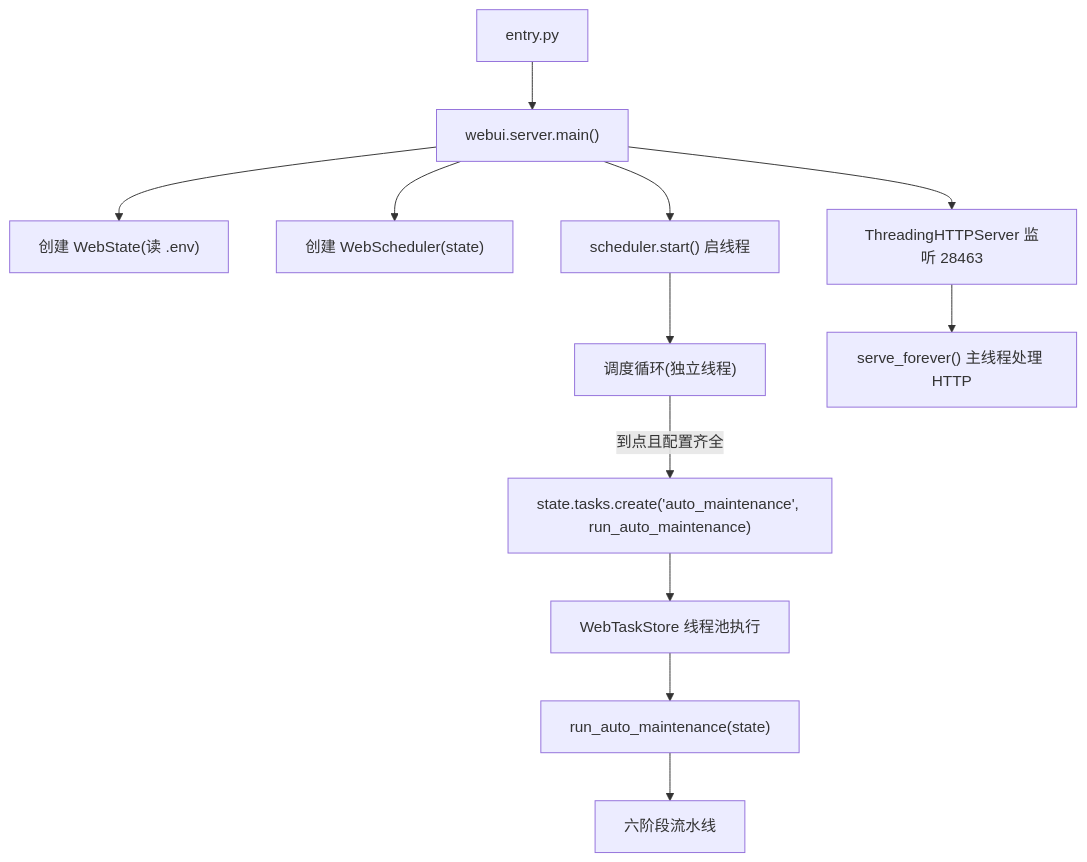
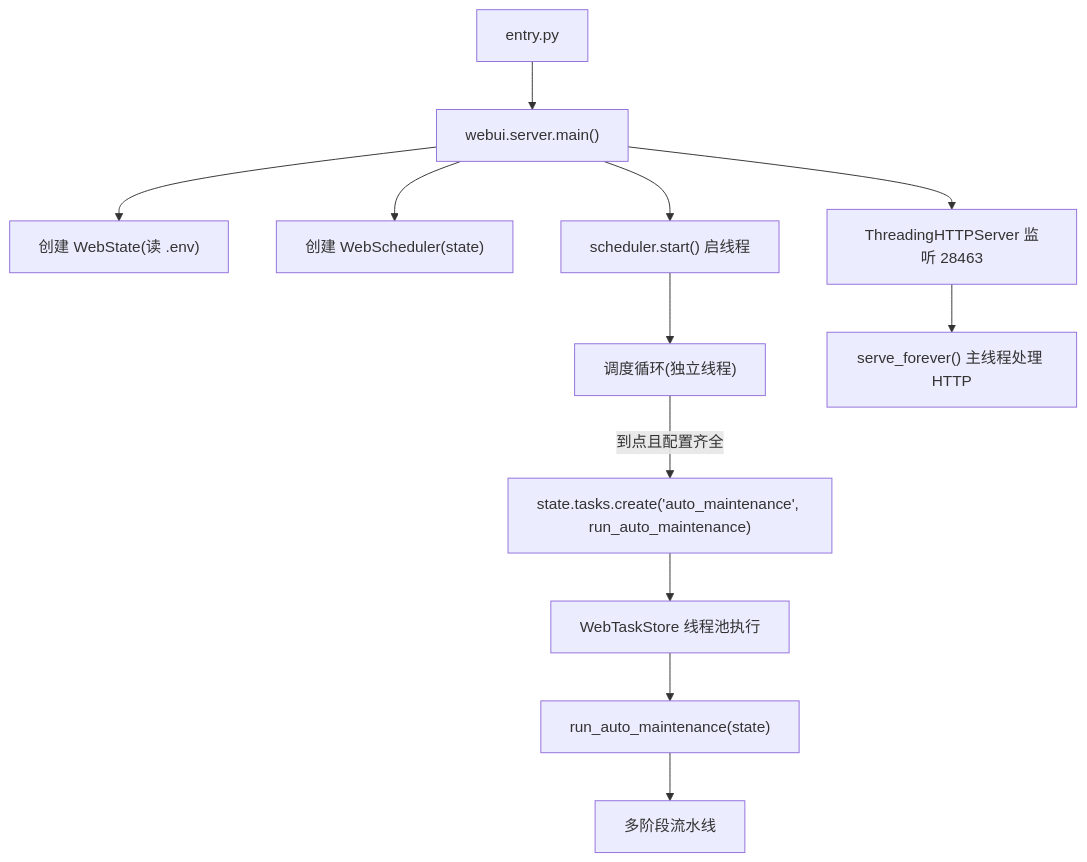
Before and after one commit to javooizz/newtoken: the first of 5 diagrams in docs/03-自动维护流水线.md, drawn with Mermaid. The commit also changed other lines of this file and 31 other files, not shown here.

````diff
--- a/docs/03-自动维护流水线.md
+++ b/docs/03-自动维护流水线.md
@@ -11,14 +11,14 @@
 ```mermaid
 flowchart TD
     E["entry.py"] --> M["webui.server.main()"]
     M --> WS["创建 WebState(读 .env)"]
     M --> SC["创建 WebScheduler(state)"]
     M --> SRV["ThreadingHTTPServer 监听 28463"]
     M --> START["scheduler.start() 启线程"]
     START --> LOOP["调度循环(独立线程)"]
     LOOP -->|到点且配置齐全| CREATE["state.tasks.create('auto_maintenance', run_auto_maintenance)"]
     CREATE --> POOL["WebTaskStore 线程池执行"]
     POOL --> AUTO["run_auto_maintenance(state)"]
-    AUTO --> PH["六阶段流水线"]
+    AUTO --> PH["多阶段流水线"]
     SRV --> SERVE["serve_forever() 主线程处理 HTTP"]
 ```
````
